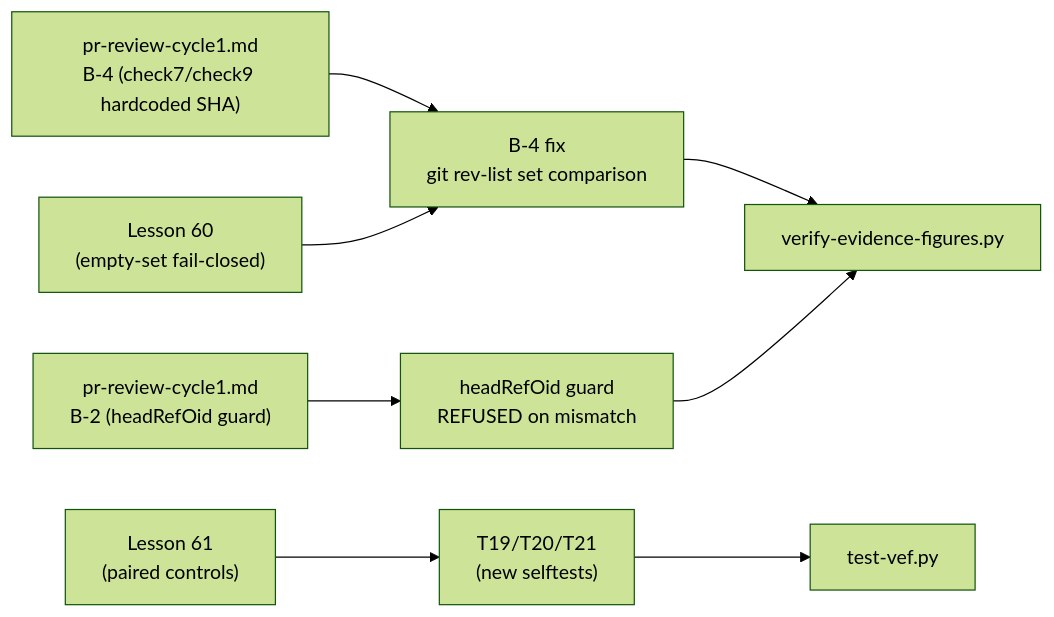
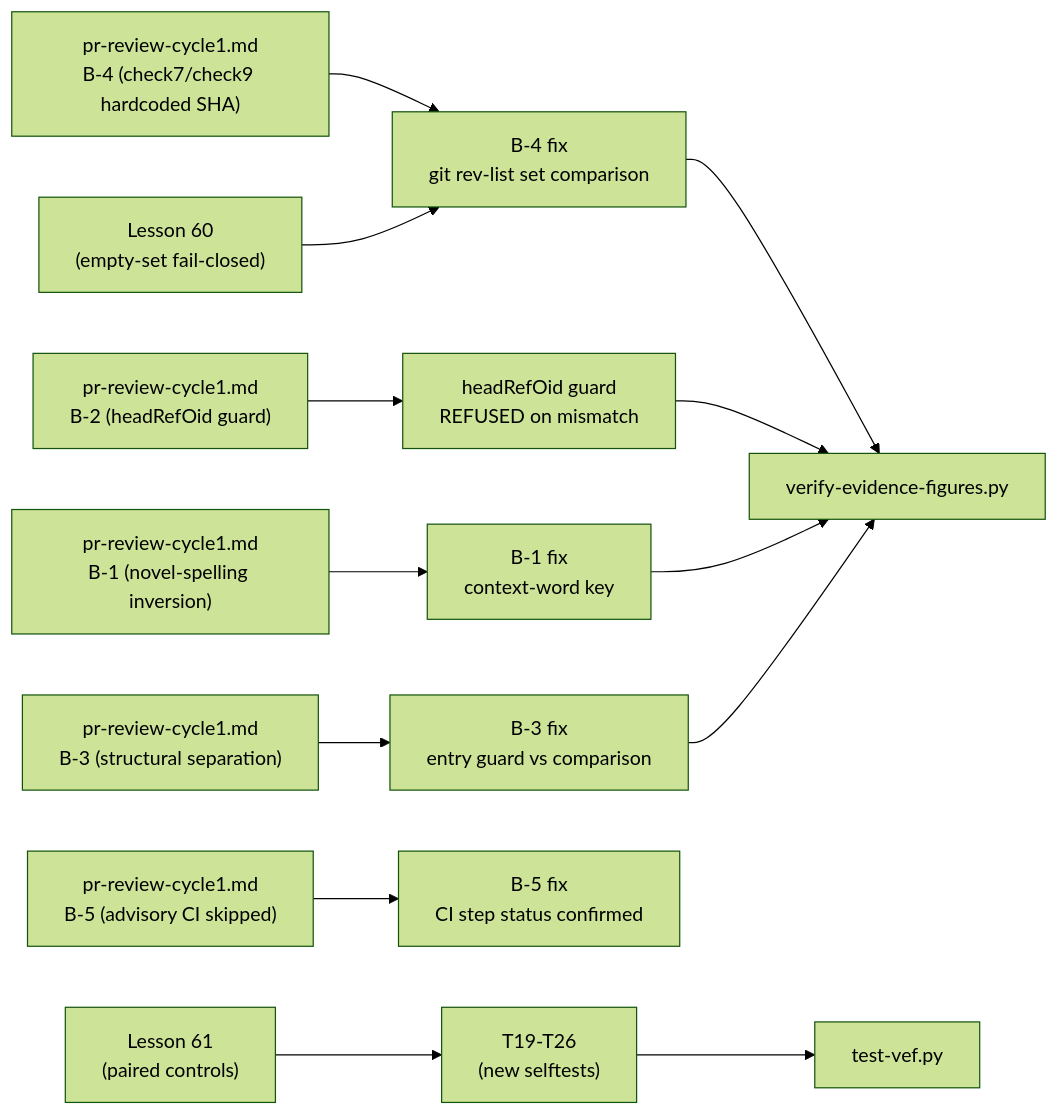
Before and after one commit to BOHICA-LABS/mdlinkcheck-cloud: the third of 3 diagrams in code-delivery/VERIFIER-HARDENING-SWEEP-STEP0/pr-description.md, drawn with Mermaid (forest theme). The commit also changed other lines of this file, not shown here.

First line of the commit message:
factory(sweep-step0): final packaging — head SHA 7739995, rollback 11, AC-007, all B-1..B-5 closed

````diff
--- a/code-delivery/VERIFIER-HARDENING-SWEEP-STEP0/pr-description.md
+++ b/code-delivery/VERIFIER-HARDENING-SWEEP-STEP0/pr-description.md
@@ -93,11 +85,16 @@
 ```mermaid
 flowchart LR
-    RCH["pr-review-cycle1.md<br/>B-4 (check7/check9 hardcoded SHA)"] --> FIXIT["B-4 fix<br/>git rev-list set comparison"]
+    RCH["pr-review-cycle1.md<br/>B-4 (check7/check9 hardcoded SHA)"] --> FIXIT4["B-4 fix<br/>git rev-list set comparison"]
     RCH2["pr-review-cycle1.md<br/>B-2 (headRefOid guard)"] --> FIXIT2["headRefOid guard<br/>REFUSED on mismatch"]
-    L60["Lesson 60<br/>(empty-set fail-closed)"] --> FIXIT
-    L61["Lesson 61<br/>(paired controls)"] --> T1921["T19/T20/T21<br/>(new selftests)"]
+    RCH3["pr-review-cycle1.md<br/>B-1 (novel-spelling inversion)"] --> FIXIT1["B-1 fix<br/>context-word key"]
+    RCH4["pr-review-cycle1.md<br/>B-3 (structural separation)"] --> FIXIT3["B-3 fix<br/>entry guard vs comparison"]
+    RCH5["pr-review-cycle1.md<br/>B-5 (advisory CI skipped)"] --> FIXIT5["B-5 fix<br/>CI step status confirmed"]
+    L60["Lesson 60<br/>(empty-set fail-closed)"] --> FIXIT4
+    L61["Lesson 61<br/>(paired controls)"] --> T1926["T19-T26<br/>(new selftests)"]
 
-    FIXIT --> VEF["verify-evidence-figures.py"]
+    FIXIT4 --> VEF["verify-evidence-figures.py"]
     FIXIT2 --> VEF
-    T1921 --> TVEF["test-vef.py"]
+    FIXIT1 --> VEF
+    FIXIT3 --> VEF
+    T1926 --> TVEF["test-vef.py"]
 ```
````
